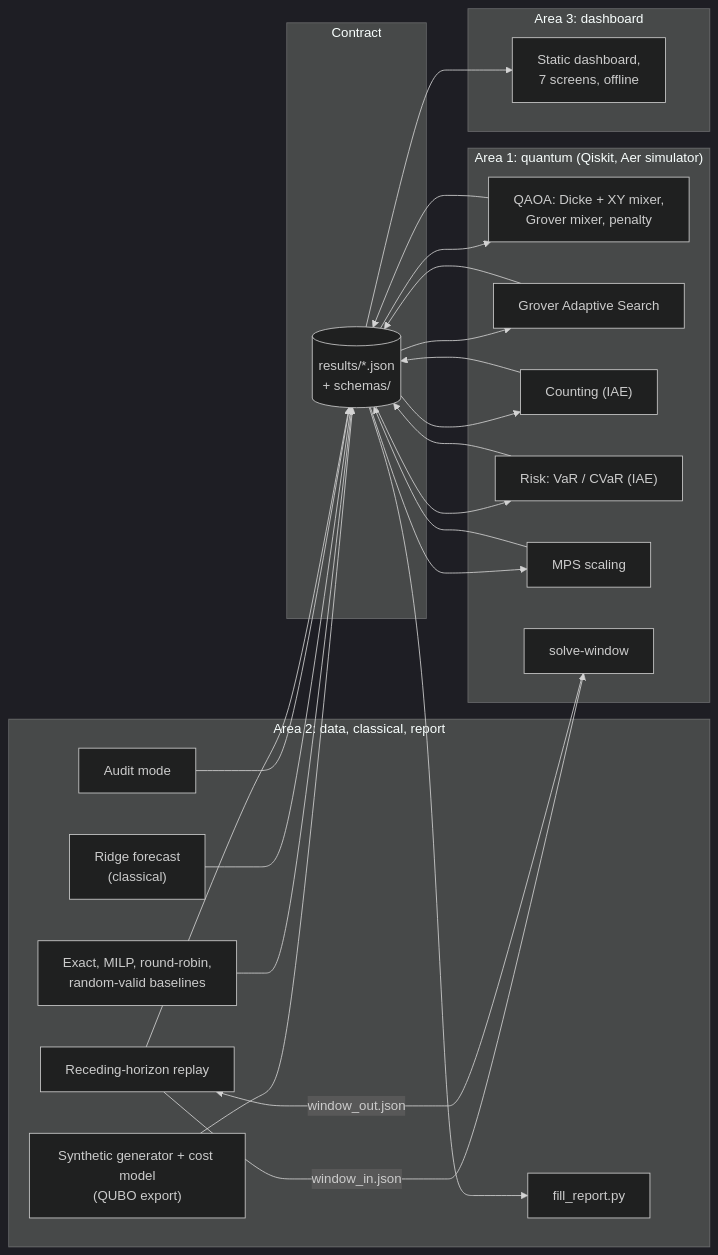
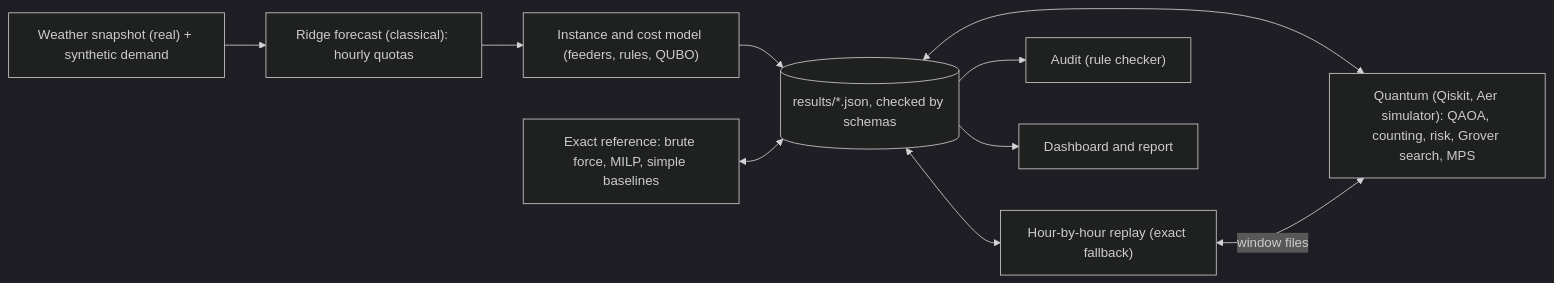
Before and after one commit to cheesesocrates/Qiskit-Hack: the diagram in docs/report/architecture.mmd, drawn with Mermaid (dark theme). The commit also changed 11 other files, not shown here.

First line of the commit message:
report: short 5-page report (docx, pdf, md) generated from results JSON

```diff
--- a/docs/report/architecture.mmd
+++ b/docs/report/architecture.mmd
@@ -1,34 +1,10 @@
 flowchart LR
-  subgraph A2["Area 2: data, classical, report"]
-    GEN["Synthetic generator + cost model<br/>(QUBO export)"]
-    BASE["Exact, MILP, round-robin,<br/>random-valid baselines"]
-    FC["Ridge forecast<br/>(classical)"]
-    AUD["Audit mode"]
-    REP["Receding-horizon replay"]
-    RPT["fill_report.py"]
-  end
-  subgraph C["Contract"]
-    RES[("results/*.json<br/>+ schemas/")]
-  end
-  subgraph A1["Area 1: quantum (Qiskit, Aer simulator)"]
-    QAOA["QAOA: Dicke + XY mixer,<br/>Grover mixer, penalty"]
-    GAS["Grover Adaptive Search"]
-    CNT["Counting (IAE)"]
-    RSK["Risk: VaR / CVaR (IAE)"]
-    MPS["MPS scaling"]
-    WIN["solve-window"]
-  end
-  subgraph A3["Area 3: dashboard"]
-    UI["Static dashboard,<br/>7 screens, offline"]
-  end
-  GEN --> RES
-  BASE --> RES
-  FC --> RES
-  AUD --> RES
-  REP --> RES
-  RES --> QAOA & GAS & CNT & RSK & MPS
-  QAOA & GAS & CNT & RSK & MPS --> RES
-  REP -- "window_in.json" --> WIN
-  WIN -- "window_out.json" --> REP
-  RES --> UI
-  RES --> RPT
+  W["Weather snapshot (real) + synthetic demand"] --> F["Ridge forecast (classical): hourly quotas"]
+  F --> I["Instance and cost model (feeders, rules, QUBO)"]
+  I --> R[("results/*.json, checked by schemas")]
+  X["Exact reference: brute force, MILP, simple baselines"] <--> R
+  R <--> Q["Quantum (Qiskit, Aer simulator): QAOA, counting, risk, Grover search, MPS"]
+  R <--> P["Hour-by-hour replay (exact fallback)"]
+  P <-- "window files" --> Q
+  R --> A["Audit (rule checker)"]
+  R --> D["Dashboard and report"]
```
